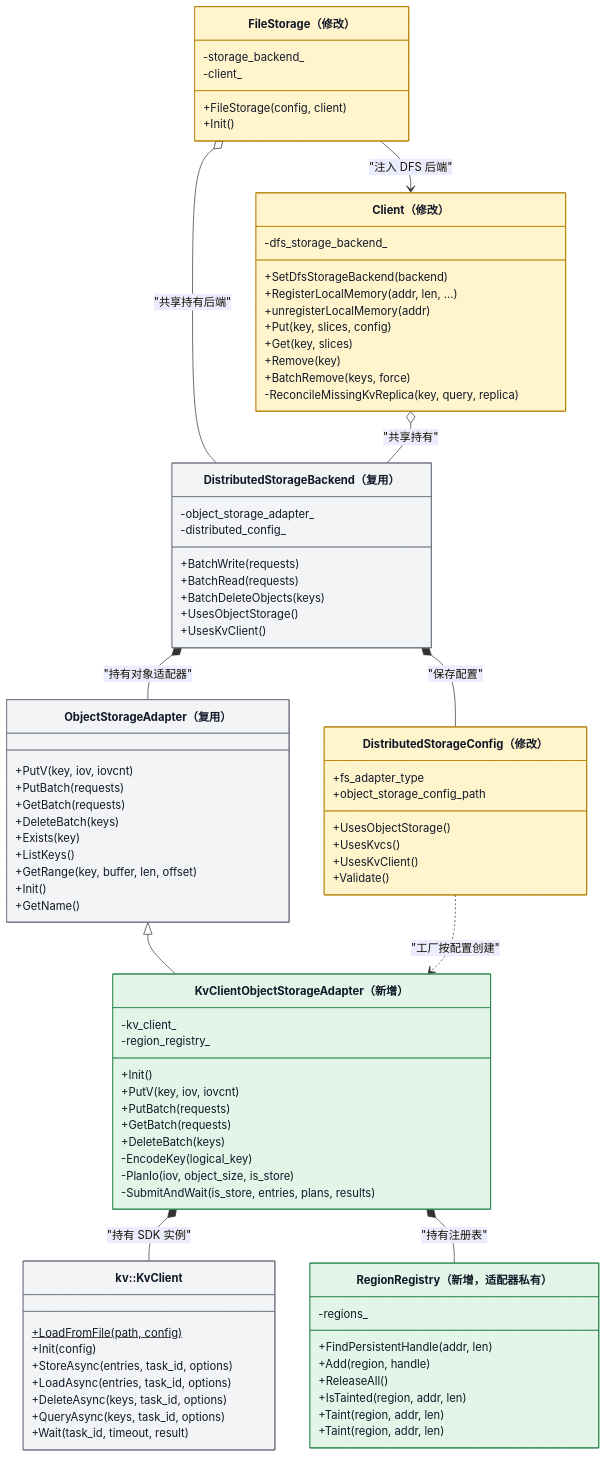
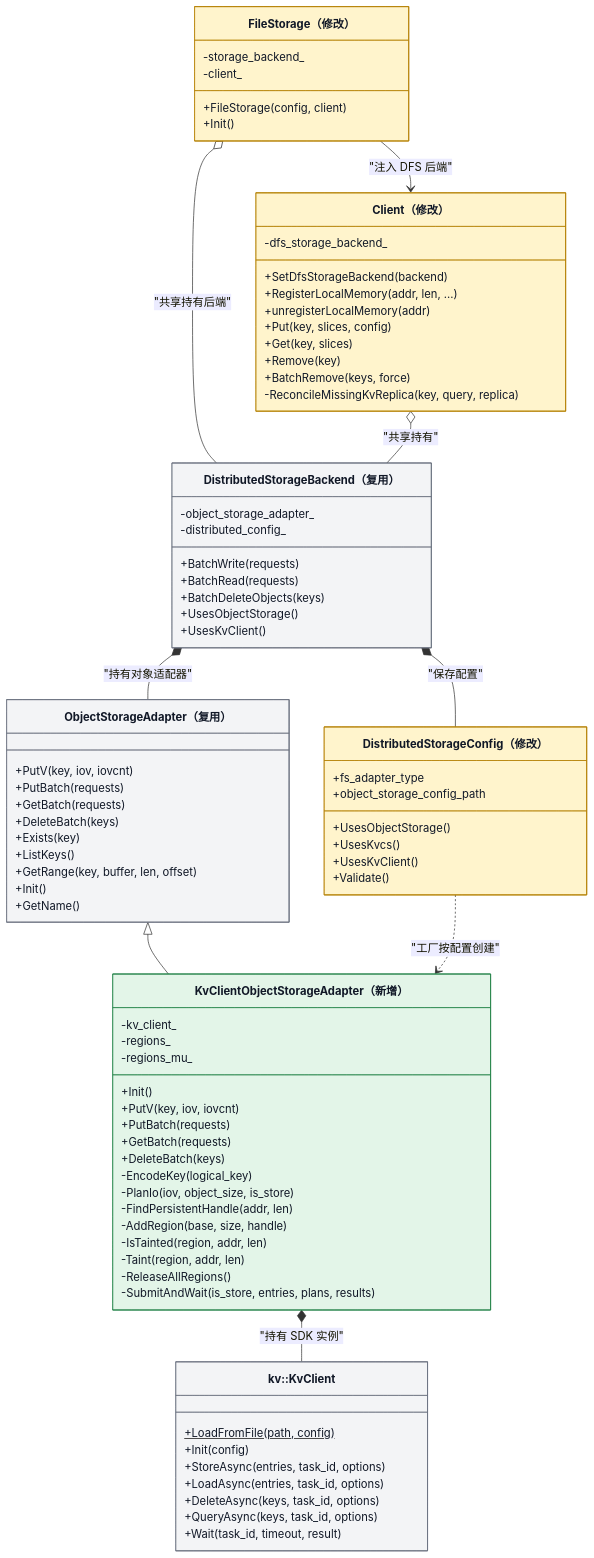
The second of 13 diagrams in Mooncake + KVClient L3 接入（Kvcs）- v3.md (zwj20000328-dotcom/Mooncake-documents), drawn with Mermaid before and after one commit. The commit also changed other lines of this file, not shown here.

First line of the commit message:
docs: inline the registration table into the adapter

```diff
--- a/Mooncake + KVClient L3 接入（Kvcs）- v3.md
+++ b/Mooncake + KVClient L3 接入（Kvcs）- v3.md
@@ -180,7 +177,8 @@
    
     class KvClientObjectStorageAdapter["KvClientObjectStorageAdapter（新增）"] {
         -kv_client_
-        -region_registry_
+        -regions_
+        -regions_mu_
         +Init()
         +PutV(key, iov, iovcnt)
         +PutBatch(requests)
@@ -188,17 +186,12 @@
         +DeleteBatch(keys)
         -EncodeKey(logical_key)
         -PlanIo(iov, object_size, is_store)
+        -FindPersistentHandle(addr, len)
+        -AddRegion(base, size, handle)
+        -IsTainted(region, addr, len)
+        -Taint(region, addr, len)
+        -ReleaseAllRegions()
         -SubmitAndWait(is_store, entries, plans, results)
-    }
-
-    class RegionRegistry["RegionRegistry（新增，适配器私有）"] {
-        -regions_
-        +FindPersistentHandle(addr, len)
-        +Add(region, handle)
-        +ReleaseAll()
-        +IsTainted(region, addr, len)
-        +Taint(region, addr, len)
-        +Taint(region, addr, len)
     }
 
     class SdkKvClient["kv::KvClient"] {
@@ -218,14 +211,12 @@
     DistributedStorageBackend *-- ObjectStorageAdapter : "持有对象适配器"
     ObjectStorageAdapter <|-- KvClientObjectStorageAdapter
     KvClientObjectStorageAdapter *-- SdkKvClient : "持有 SDK 实例"
-    KvClientObjectStorageAdapter *-- RegionRegistry : "持有注册表"
     DistributedStorageConfig ..> KvClientObjectStorageAdapter : "工厂按配置创建"
 
     style DistributedStorageConfig fill:#fff4cc,stroke:#b58105,color:#111827
     style FileStorage fill:#fff4cc,stroke:#b58105,color:#111827
     style Client fill:#fff4cc,stroke:#b58105,color:#111827
     style KvClientObjectStorageAdapter fill:#e3f5e8,stroke:#28864b,color:#111827
-    style RegionRegistry fill:#e3f5e8,stroke:#28864b,color:#111827
     style DistributedStorageBackend fill:#f3f4f6,stroke:#6b7280,color:#111827
     style ObjectStorageAdapter fill:#f3f4f6,stroke:#6b7280,color:#111827
     style SdkKvClient fill:#f3f4f6,stroke:#6b7280,color:#111827
```
